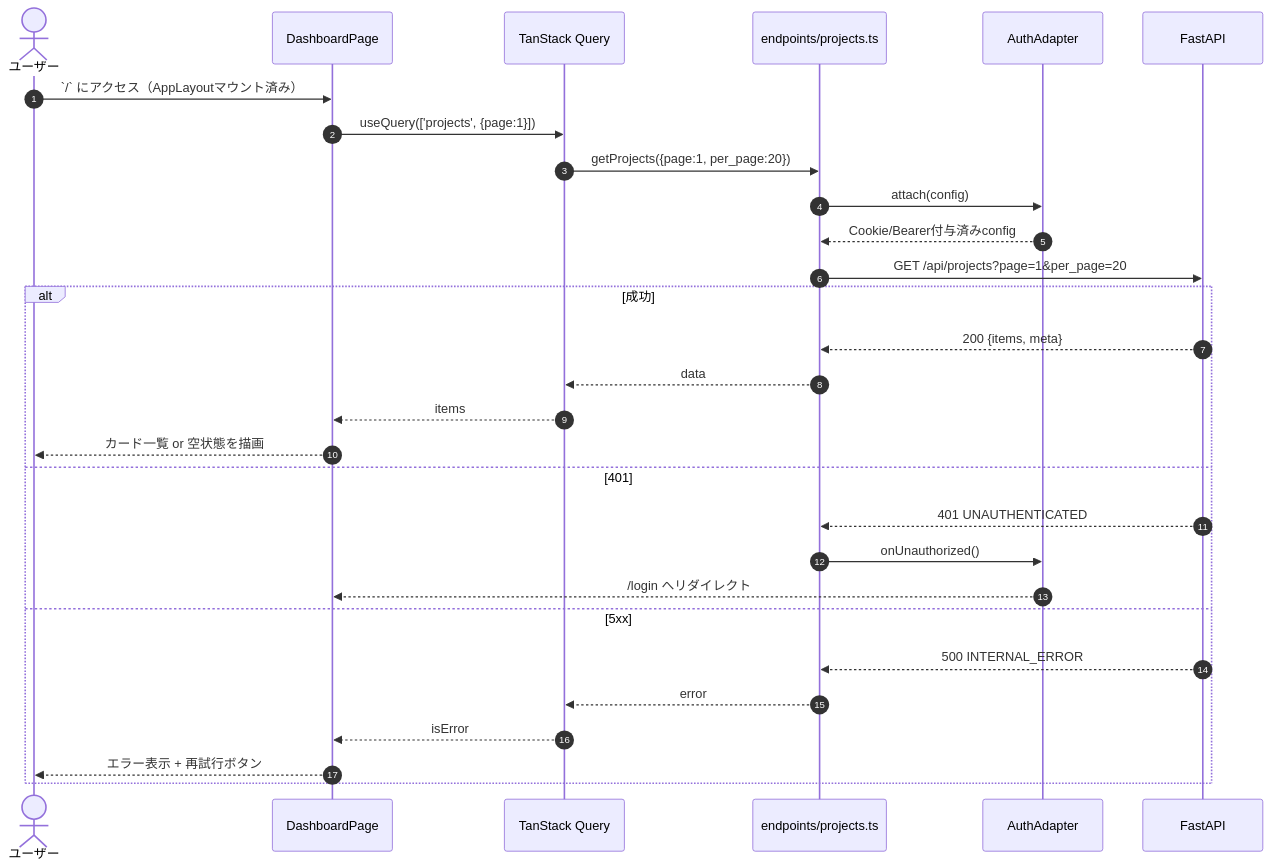
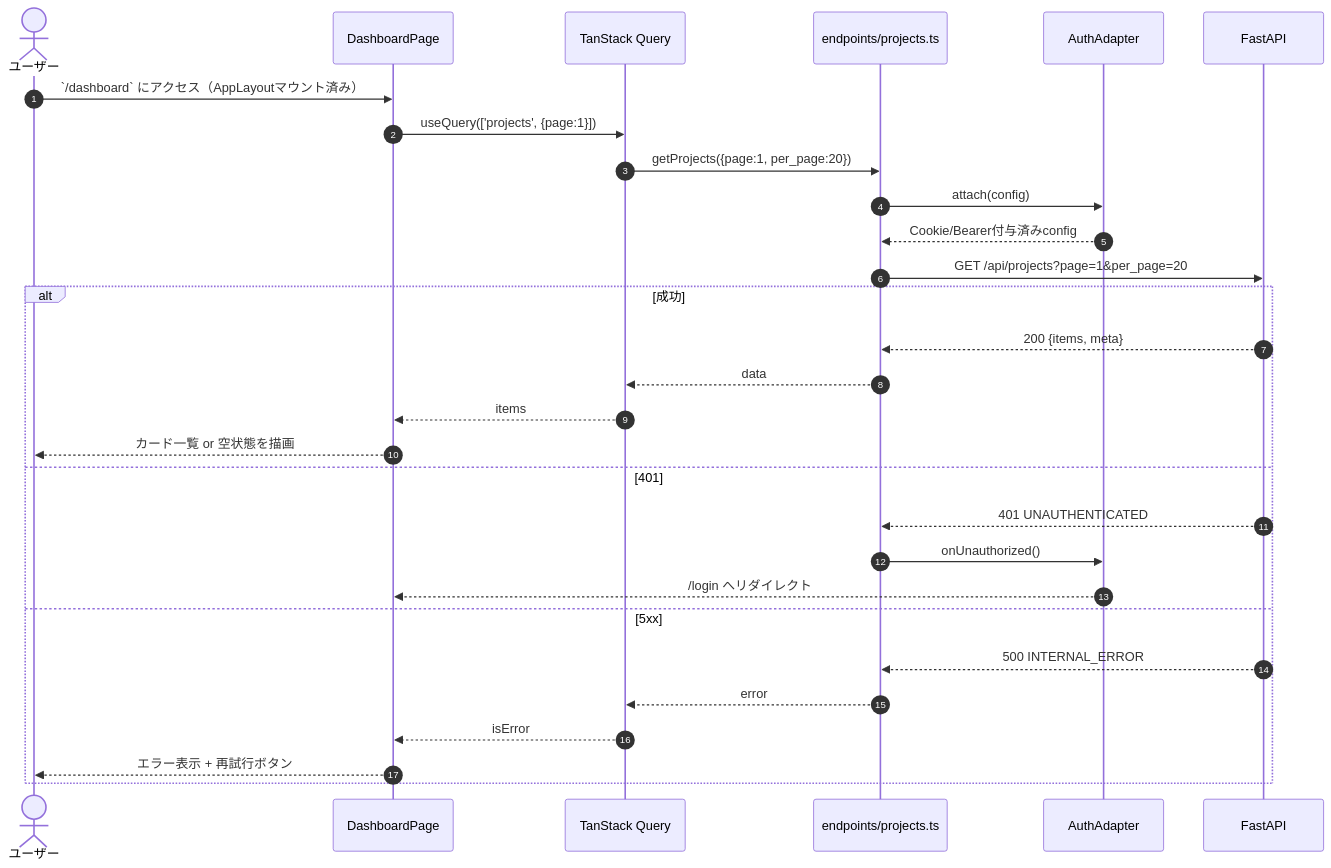
Before and after one commit to oikawa-d/task_management: the second of 5 diagrams in detailed_design/screen/06_dashboard.md, drawn with Mermaid. The commit also changed other lines of this file and 14 other files, not shown here.

````diff
--- a/detailed_design/screen/06_dashboard.md
+++ b/detailed_design/screen/06_dashboard.md
@@ -111,32 +111,32 @@
 ```mermaid
 sequenceDiagram
     autonumber
     actor U as ユーザー
     participant DP as DashboardPage
     participant Q as TanStack Query
     participant EP as endpoints/projects.ts
     participant AA as AuthAdapter
     participant API as FastAPI
 
-    U->>DP: `/` にアクセス（AppLayoutマウント済み）
+    U->>DP: `/dashboard` にアクセス（AppLayoutマウント済み）
     DP->>Q: useQuery(['projects', {page:1}])
     Q->>EP: getProjects({page:1, per_page:20})
     EP->>AA: attach(config)
     AA-->>EP: Cookie/Bearer付与済みconfig
     EP->>API: GET /api/projects?page=1&per_page=20
     alt 成功
         API-->>EP: 200 {items, meta}
         EP-->>Q: data
         Q-->>DP: items
         DP-->>U: カード一覧 or 空状態を描画
     else 401
         API-->>EP: 401 UNAUTHENTICATED
         EP->>AA: onUnauthorized()
         AA-->>DP: /login へリダイレクト
     else 5xx
         API-->>EP: 500 INTERNAL_ERROR
         EP-->>Q: error
         Q-->>DP: isError
         DP-->>U: エラー表示 + 再試行ボタン
     end
 ```
````
